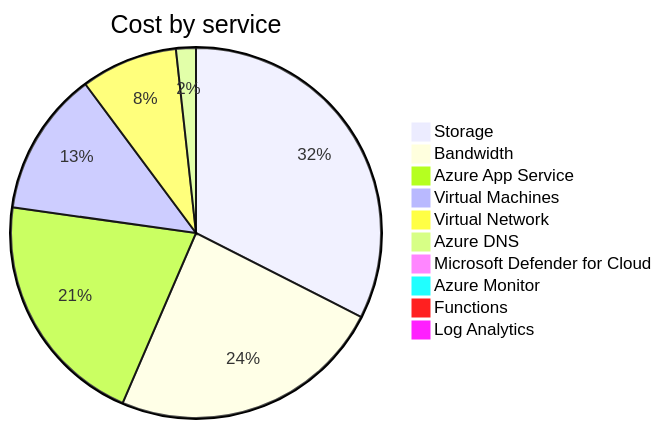
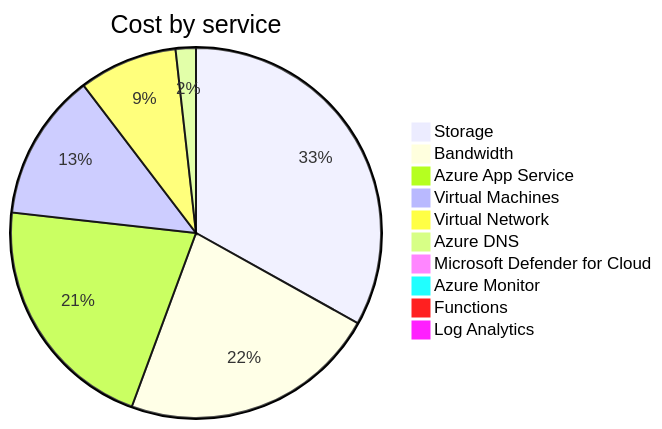
The second of 4 diagrams in cost-reports/accumulated-cost.md (jpfulton/azure-personal-reports), drawn with Mermaid before and after one commit. The commit also changed other lines of this file and 4 other files, not shown here.

````diff
--- a/cost-reports/accumulated-cost.md
+++ b/cost-reports/accumulated-cost.md
@@ -100,14 +100,14 @@
 ```mermaid
 pie
    title Cost by service
-   "Storage" : 11.05
+   "Storage" : 11.98
    "Bandwidth" : 8.16
-   "Azure App Service" : 7.05
-   "Virtual Machines" : 4.29
-   "Virtual Network" : 2.87
-   "Azure DNS" : 0.59
-   "Microsoft Defender for Cloud" : 0.29
+   "Azure App Service" : 7.65
+   "Virtual Machines" : 4.66
+   "Virtual Network" : 3.11
+   "Azure DNS" : 0.64
+   "Microsoft Defender for Cloud" : 0.31
    "Azure Monitor" : 0.00
    "Functions" : 0.00
    "Log Analytics" : 0.00
 ```
````
